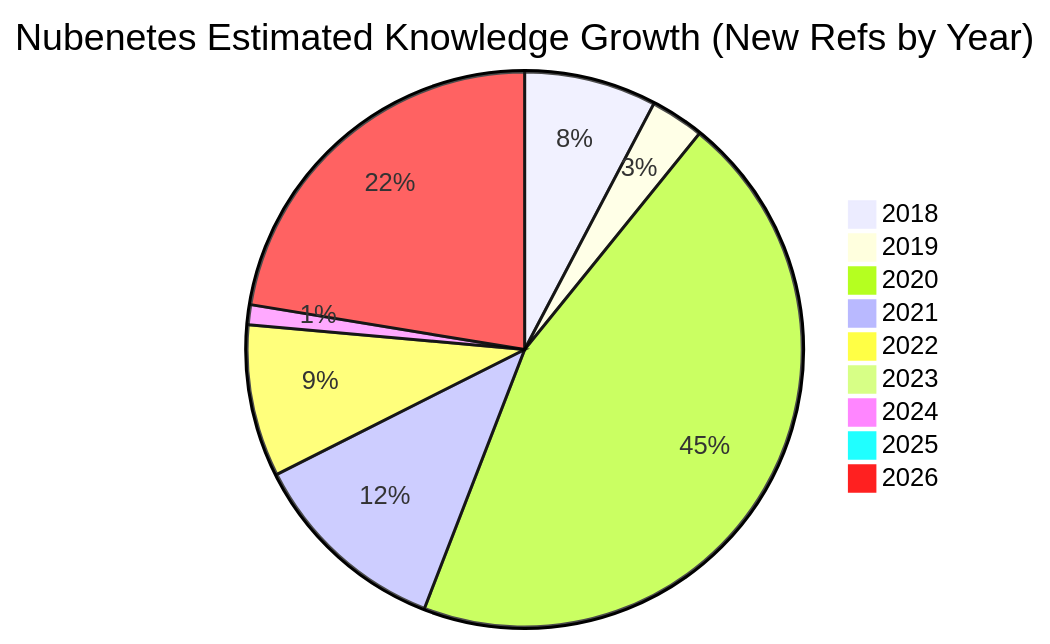
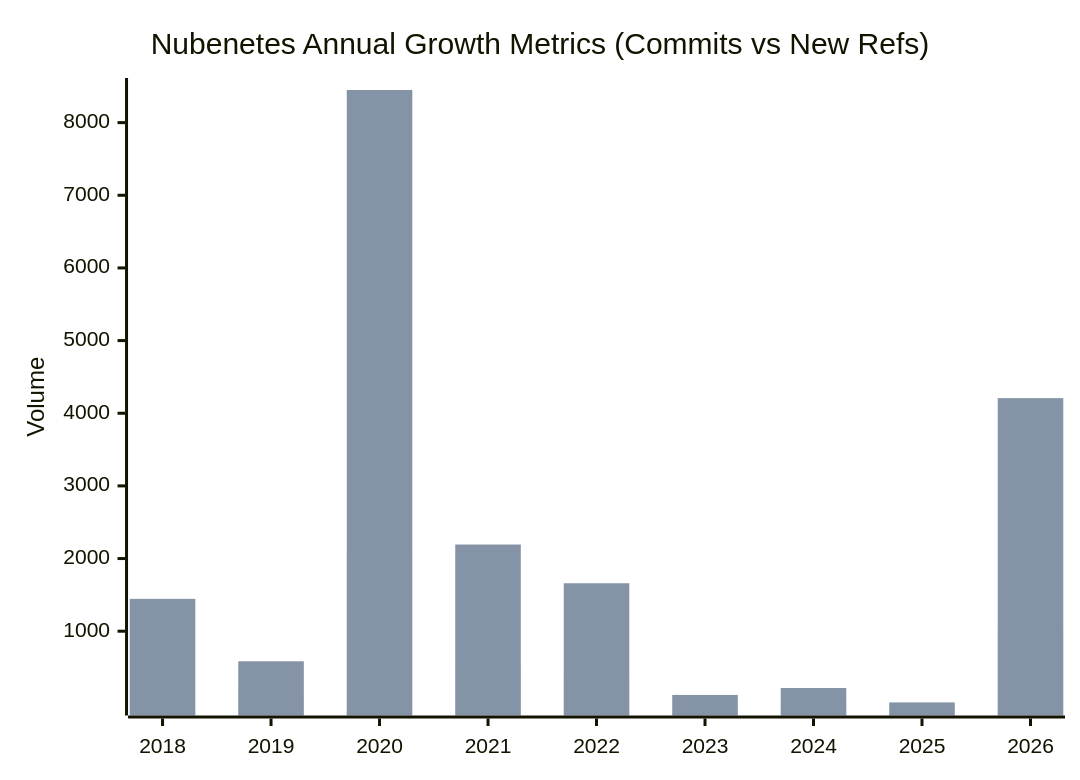
One commit to nubenetes/awesome-kubernetes changed the first of 11 diagrams in README.md. Above: the diagram before and after it, drawn with Mermaid. The commit also changed other lines of this file and 2 other files, not shown here.

Commit message:
docs: replace annual growth pie charts with unified bar chart (xychart-beta)

````diff
--- a/README.md
+++ b/README.md
@@ -183,12 +170,8 @@
 ```mermaid
-pie title Nubenetes Estimated Knowledge Growth (New Refs by Year)
-    "2018" : 1445
-    "2019" : 586
-    "2020" : 8449
-    "2021" : 2193
-    "2022" : 1660
-    "2023" : 123
-    "2024" : 218
-    "2025" : 20
-    "2026" : 4204
+xychart-beta
+    title "Nubenetes Annual Growth Metrics (Commits vs New Refs)"
+    x-axis ["2018", "2019", "2020", "2021", "2022", "2023", "2024", "2025", "2026"]
+    y-axis "Volume"
+    bar [350, 142, 2046, 531, 402, 30, 53, 5, 1019]
+    bar [1445, 586, 8449, 2193, 1660, 123, 218, 20, 4208]
 ```
````
